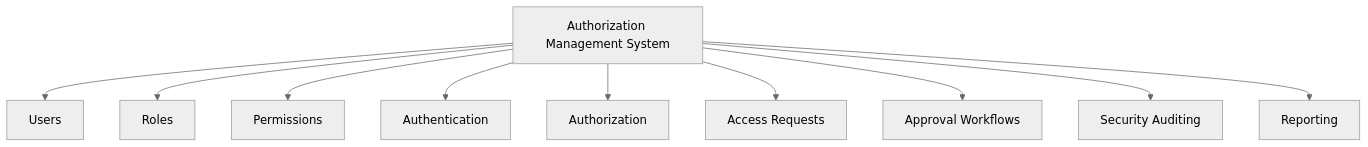
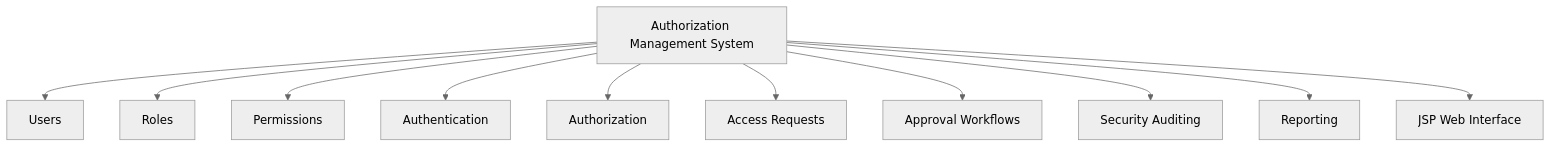
One commit to MotionPrograming/AuthorizationManagementSystem changed the first of 18 diagrams in README.md. Above: the diagram before and after it, drawn with Mermaid (neutral theme). The commit also changed other lines of this file, not shown here.

First line of the commit message:
Enhance README with detailed AMS descriptions

````diff
--- a/README.md
+++ b/README.md
@@ -42,24 +44,26 @@
 ```mermaid
 flowchart TB
     AMS["Authorization Management System"]
-    
+
     USER["Users"]
     ROLE["Roles"]
     PERM["Permissions"]
     AUTHN["Authentication"]
     AUTHZ["Authorization"]
     ACCESS["Access Requests"]
     APPROVAL["Approval Workflows"]
     AUDIT["Security Auditing"]
     REPORT["Reporting"]
-    
+    UI["JSP Web Interface"]
+
     AMS --> USER
     AMS --> ROLE
     AMS --> PERM
     AMS --> AUTHN
     AMS --> AUTHZ
     AMS --> ACCESS
     AMS --> APPROVAL
     AMS --> AUDIT
     AMS --> REPORT
+    AMS --> UI
 ```
````
